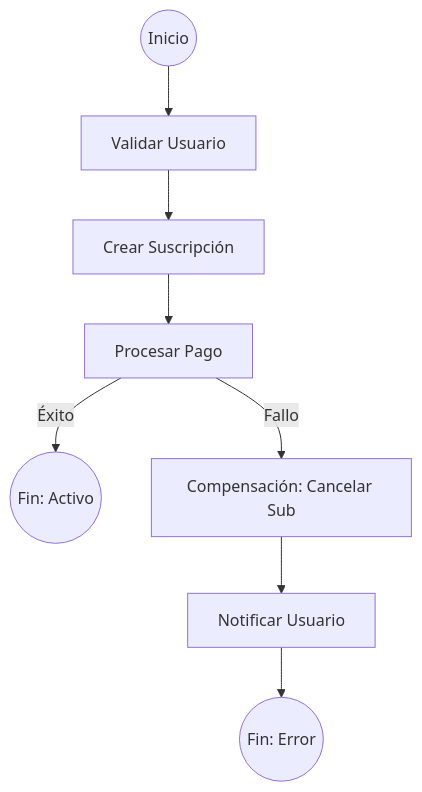
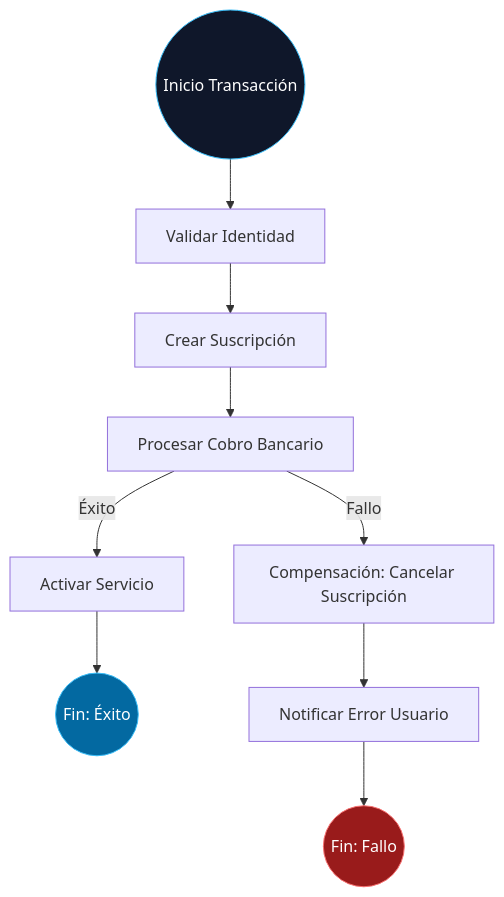
One commit to HecAguilaV/SIGA changed the second of 2 diagrams in docs/technical-room/es/04-PROCESS-VIEW.mdx. Above: the diagram before and after it, drawn with Mermaid. The commit also changed other lines of this file and 11 other files, not shown here.

Commit message:
docs: arquitectura técnica 4+1 bilingüe final - alto contraste y accesibilidad / final 4+1 bilingual technical architecture - high contrast and accessibility

````diff
--- a/docs/technical-room/es/04-PROCESS-VIEW.mdx
+++ b/docs/technical-room/es/04-PROCESS-VIEW.mdx
@@ -36,12 +38,17 @@
 ```mermaid
 graph TD
-    Start((Inicio)) --> CheckAuth[Validar Usuario]
-    CheckAuth --> CreateSub[Crear Suscripción]
-    CreateSub --> Pay[Procesar Pago]
+    Inicio((Inicio Transacción)) --> Validar[Validar Identidad]
+    Validar --> Suscribir[Crear Suscripción]
+    Suscribir --> Cobrar[Procesar Cobro Bancario]
     
-    Pay -- Éxito --> End((Fin: Activo))
+    Cobrar -- Éxito --> Activar[Activar Servicio]
+    Activar --> Fin((Fin: Éxito))
     
-    Pay -- Fallo --> CancelSub[Compensación: Cancelar Sub]
-    CancelSub --> Refund[Notificar Usuario]
-    Refund --> Fail((Fin: Error))
+    Cobrar -- Fallo --> Compensar[Compensación: Cancelar Suscripción]
+    Compensar --> Notificar[Notificar Error Usuario]
+    Notificar --> Error((Fin: Fallo))
+
+    style Inicio fill:#0f172a,stroke:#38bdf8,color:#fff
+    style Fin fill:#0369a1,stroke:#38bdf8,color:#fff
+    style Error fill:#991b1b,stroke:#f87171,color:#fff
 ```
````
